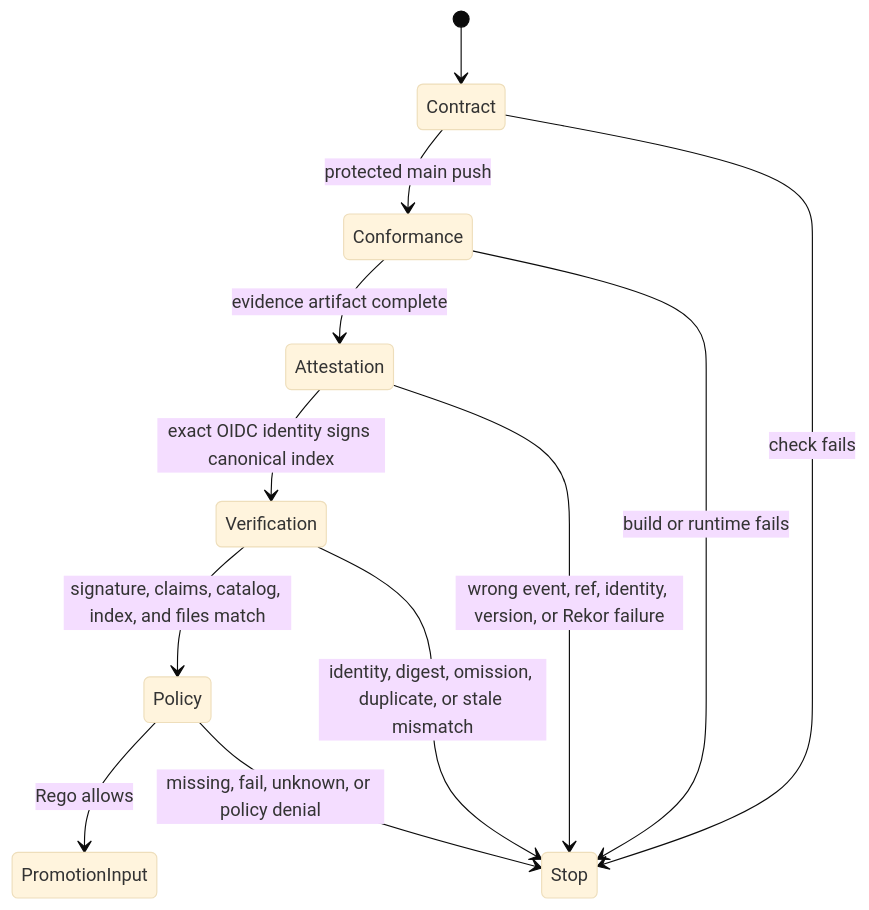
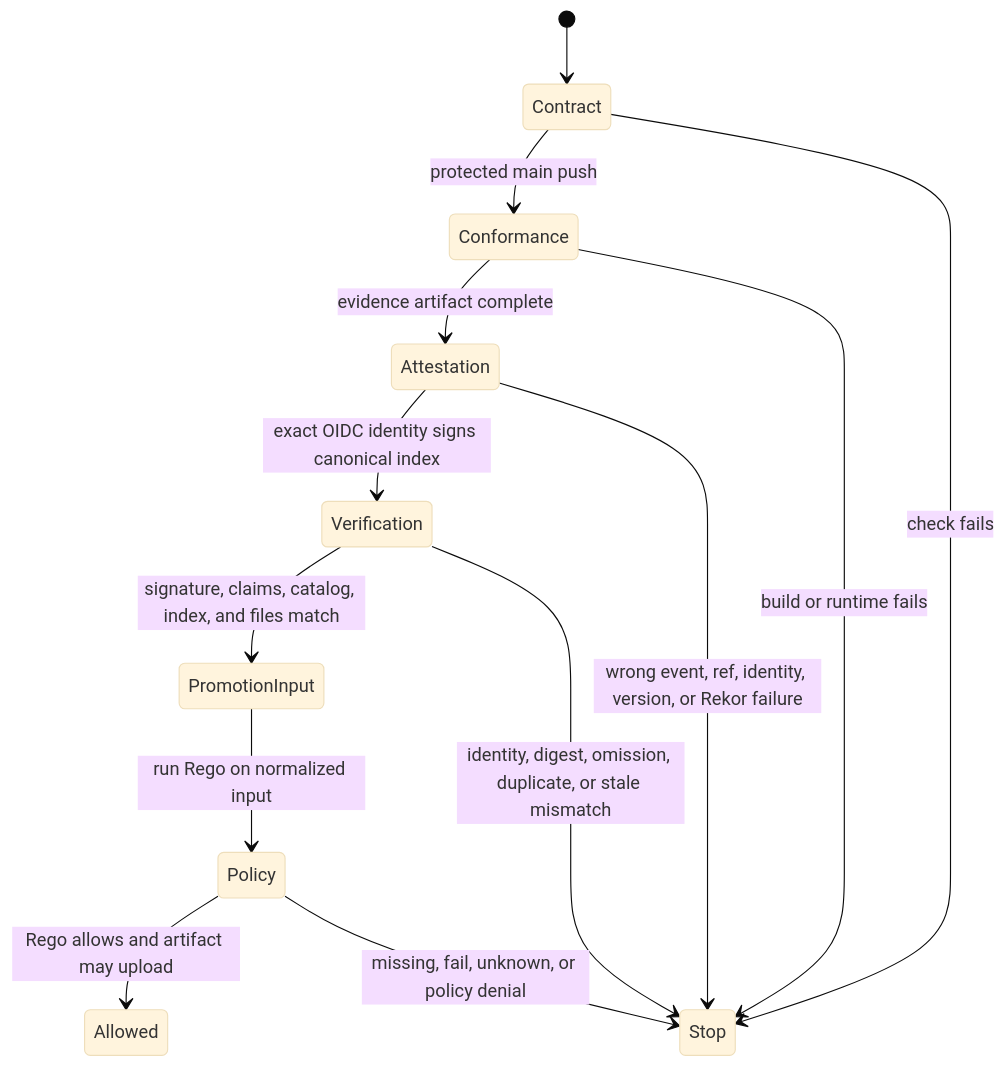
One commit to bodharma/zero-trust-workflows changed the second of 2 diagrams in README.md. Above: the diagram before and after it, drawn with Mermaid (base theme). The commit also changed other lines of this file and 1 other file, not shown here.

````diff
--- a/README.md
+++ b/README.md
@@ -121,14 +122,15 @@
 ```mermaid
 stateDiagram-v2
   [*] --> Contract
   Contract --> Conformance: protected main push
   Contract --> Stop: check fails
   Conformance --> Attestation: evidence artifact complete
   Conformance --> Stop: build or runtime fails
   Attestation --> Verification: exact OIDC identity signs canonical index
   Attestation --> Stop: wrong event, ref, identity, version, or Rekor failure
-  Verification --> Policy: signature, claims, catalog, index, and files match
+  Verification --> PromotionInput: signature, claims, catalog, index, and files match
   Verification --> Stop: identity, digest, omission, duplicate, or stale mismatch
-  Policy --> PromotionInput: Rego allows
+  PromotionInput --> Policy: run Rego on normalized input
+  Policy --> Allowed: Rego allows and artifact may upload
   Policy --> Stop: missing, fail, unknown, or policy denial
 ```
````
